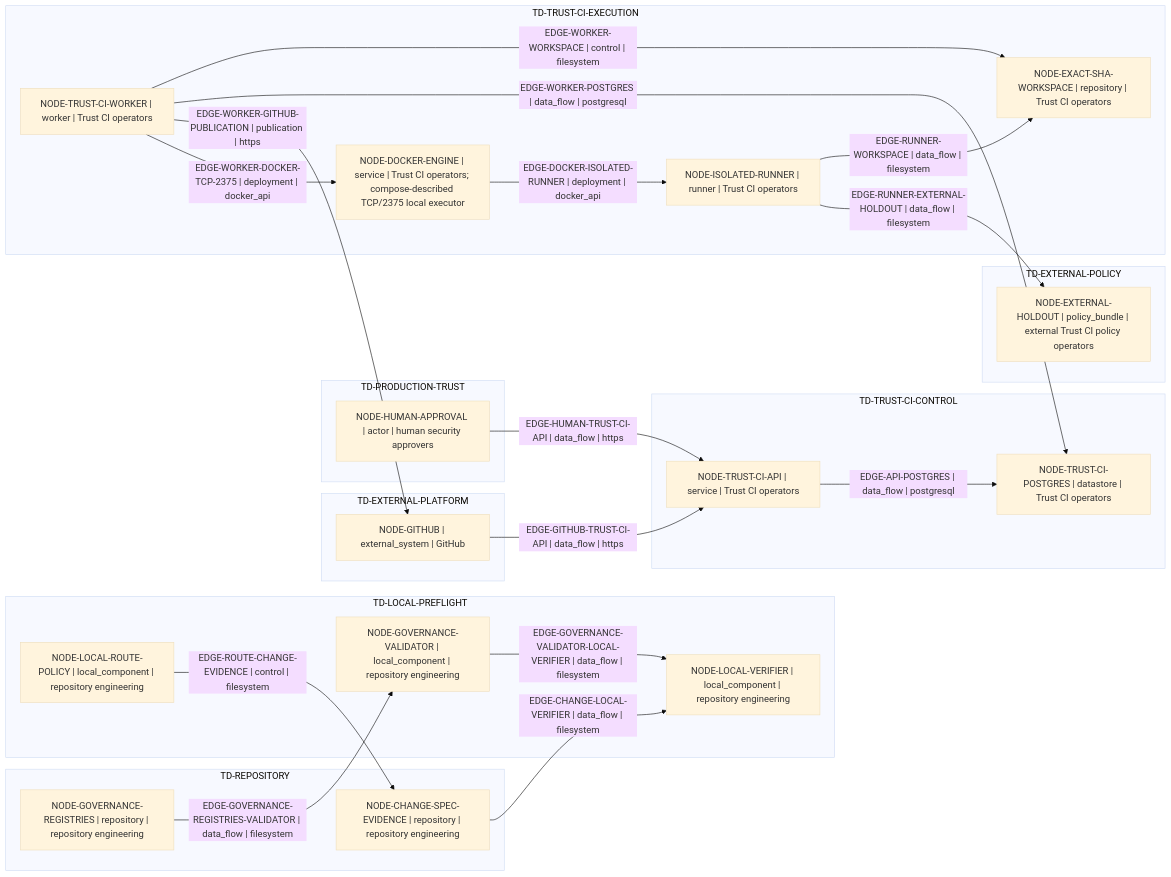
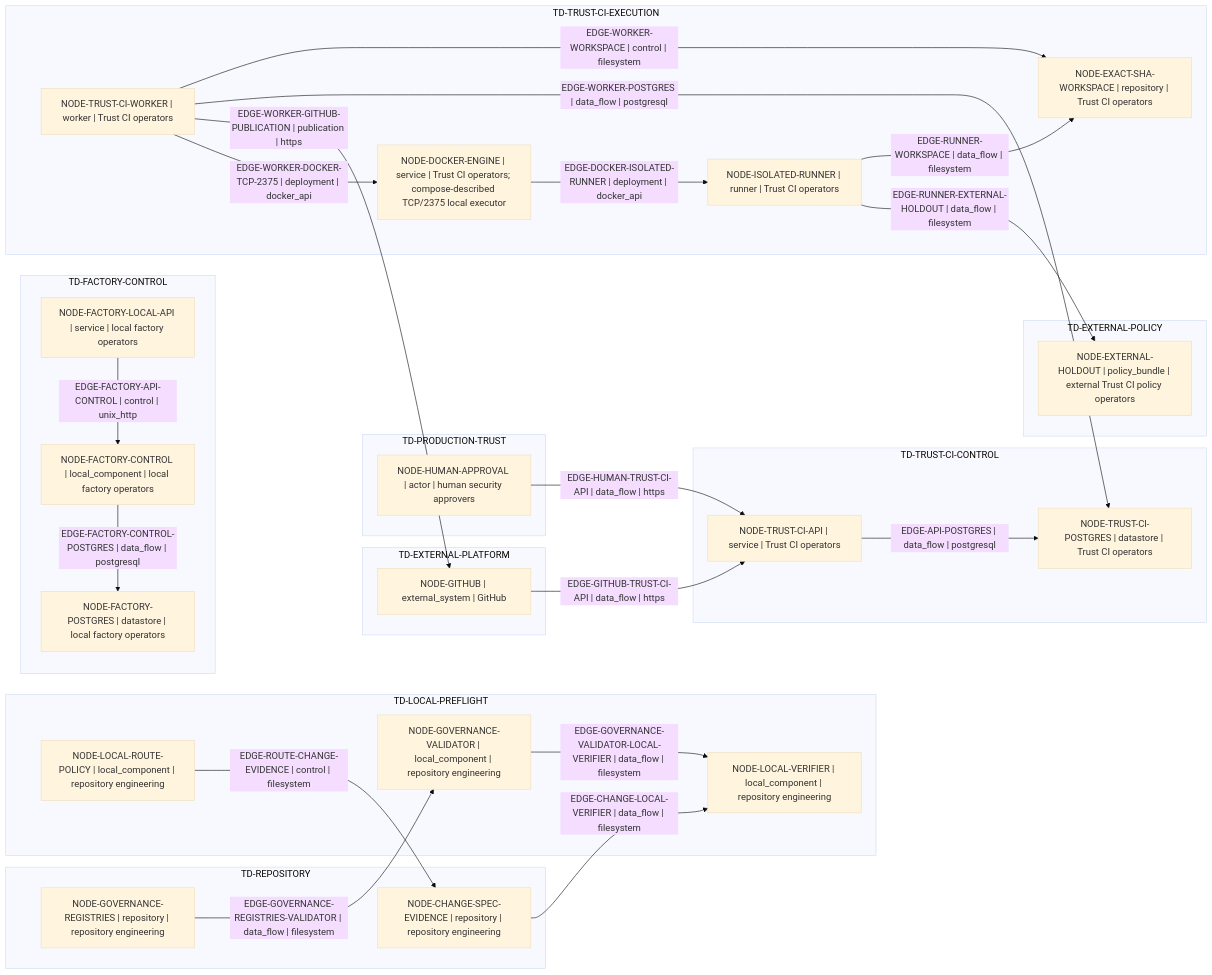
The diagram in architecture/generated/trust-boundary.mmd (Dimkox/adaptive-grok-build-pro), drawn with Mermaid (base theme) before and after one commit. The commit also changed 8 other files, not shown here.

Commit message:
feat(factory): model isolated control plane

```diff
--- a/architecture/generated/trust-boundary.mmd
+++ b/architecture/generated/trust-boundary.mmd
@@ -1,43 +1,50 @@
 flowchart LR
   subgraph domain_96fb748595c57dce["TD-EXTERNAL-PLATFORM"]
     node_8b8a8cd21b180532["NODE-GITHUB | external_system | GitHub"]
   end
   subgraph domain_ece8d94ff661d9fb["TD-EXTERNAL-POLICY"]
     node_0a0fe2f046a648e9["NODE-EXTERNAL-HOLDOUT | policy_bundle | external Trust CI policy operators"]
+  end
+  subgraph domain_c4152908c77524f2["TD-FACTORY-CONTROL"]
+    node_a6c166e55f8e1784["NODE-FACTORY-CONTROL | local_component | local factory operators"]
+    node_93915052ae8a2e67["NODE-FACTORY-LOCAL-API | service | local factory operators"]
+    node_a77de286f8308fd4["NODE-FACTORY-POSTGRES | datastore | local factory operators"]
   end
   subgraph domain_fa5ae843eb45e375["TD-LOCAL-PREFLIGHT"]
     node_23677f8757246623["NODE-GOVERNANCE-VALIDATOR | local_component | repository engineering"]
     node_770cf3a1783e8525["NODE-LOCAL-ROUTE-POLICY | local_component | repository engineering"]
     node_23bed8fcbfc79861["NODE-LOCAL-VERIFIER | local_component | repository engineering"]
   end
   subgraph domain_93c532f149d3e2d5["TD-PRODUCTION-TRUST"]
     node_e4e37173e410ad23["NODE-HUMAN-APPROVAL | actor | human security approvers"]
   end
   subgraph domain_734c10023f9857a2["TD-REPOSITORY"]
     node_8938bd3db1932751["NODE-CHANGE-SPEC-EVIDENCE | repository | repository engineering"]
     node_dfd1104494c6ab8f["NODE-GOVERNANCE-REGISTRIES | repository | repository engineering"]
   end
   subgraph domain_7f80d82d053144ab["TD-TRUST-CI-CONTROL"]
     node_d0e570b2fbe52f98["NODE-TRUST-CI-API | service | Trust CI operators"]
     node_1a6c7efb2d08591b["NODE-TRUST-CI-POSTGRES | datastore | Trust CI operators"]
   end
   subgraph domain_65e7aeb3bb37c460["TD-TRUST-CI-EXECUTION"]
     node_4e78270f61d78ed8["NODE-DOCKER-ENGINE | service | Trust CI operators; compose-described TCP/2375 local executor"]
     node_2e8a7072de3f3743["NODE-EXACT-SHA-WORKSPACE | repository | Trust CI operators"]
     node_1c3a10ba26a8e80d["NODE-ISOLATED-RUNNER | runner | Trust CI operators"]
     node_070dda93443dcc1f["NODE-TRUST-CI-WORKER | worker | Trust CI operators"]
   end
   node_d0e570b2fbe52f98 -->|"EDGE-API-POSTGRES | data_flow | postgresql"| node_1a6c7efb2d08591b
   node_8938bd3db1932751 -->|"EDGE-CHANGE-LOCAL-VERIFIER | data_flow | filesystem"| node_23bed8fcbfc79861
   node_4e78270f61d78ed8 -->|"EDGE-DOCKER-ISOLATED-RUNNER | deployment | docker_api"| node_1c3a10ba26a8e80d
+  node_93915052ae8a2e67 -->|"EDGE-FACTORY-API-CONTROL | control | unix_http"| node_a6c166e55f8e1784
+  node_a6c166e55f8e1784 -->|"EDGE-FACTORY-CONTROL-POSTGRES | data_flow | postgresql"| node_a77de286f8308fd4
   node_8b8a8cd21b180532 -->|"EDGE-GITHUB-TRUST-CI-API | data_flow | https"| node_d0e570b2fbe52f98
   node_dfd1104494c6ab8f -->|"EDGE-GOVERNANCE-REGISTRIES-VALIDATOR | data_flow | filesystem"| node_23677f8757246623
   node_23677f8757246623 -->|"EDGE-GOVERNANCE-VALIDATOR-LOCAL-VERIFIER | data_flow | filesystem"| node_23bed8fcbfc79861
   node_e4e37173e410ad23 -->|"EDGE-HUMAN-TRUST-CI-API | data_flow | https"| node_d0e570b2fbe52f98
   node_770cf3a1783e8525 -->|"EDGE-ROUTE-CHANGE-EVIDENCE | control | filesystem"| node_8938bd3db1932751
   node_1c3a10ba26a8e80d -->|"EDGE-RUNNER-EXTERNAL-HOLDOUT | data_flow | filesystem"| node_0a0fe2f046a648e9
   node_1c3a10ba26a8e80d -->|"EDGE-RUNNER-WORKSPACE | data_flow | filesystem"| node_2e8a7072de3f3743
   node_070dda93443dcc1f -->|"EDGE-WORKER-DOCKER-TCP-2375 | deployment | docker_api"| node_4e78270f61d78ed8
   node_070dda93443dcc1f -->|"EDGE-WORKER-GITHUB-PUBLICATION | publication | https"| node_8b8a8cd21b180532
   node_070dda93443dcc1f -->|"EDGE-WORKER-POSTGRES | data_flow | postgresql"| node_1a6c7efb2d08591b
   node_070dda93443dcc1f -->|"EDGE-WORKER-WORKSPACE | control | filesystem"| node_2e8a7072de3f3743
```
